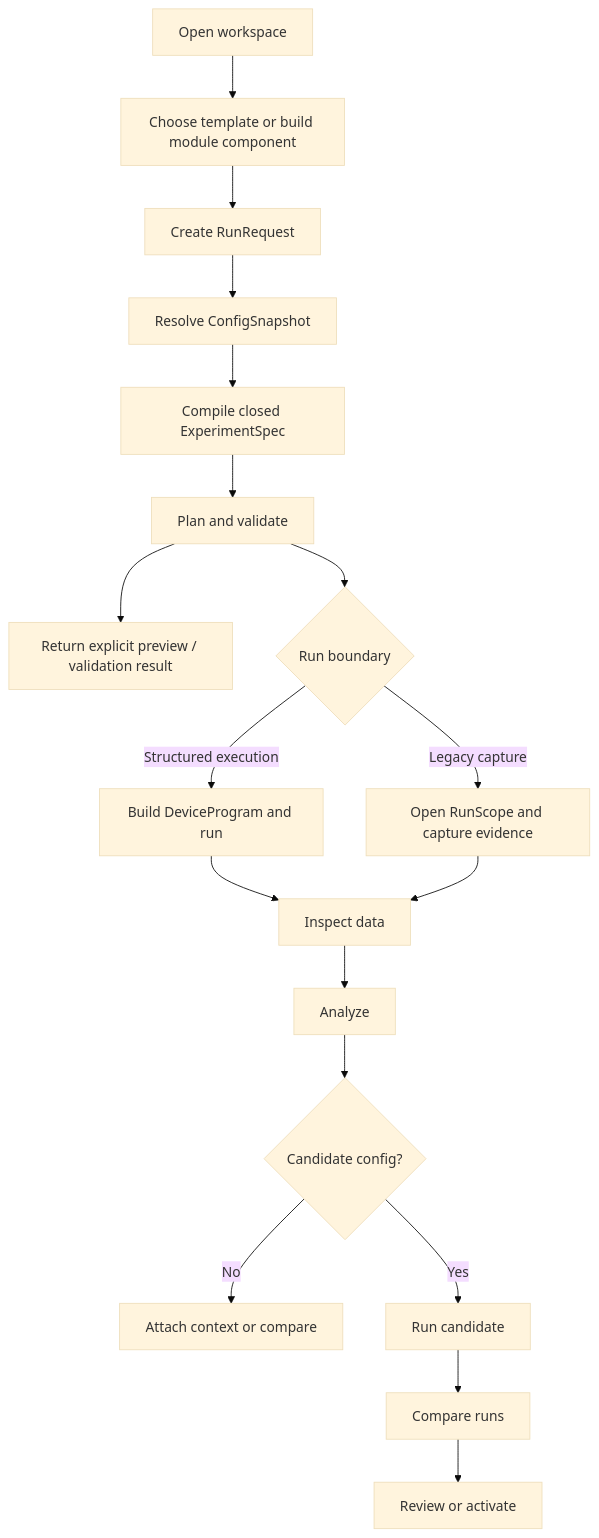
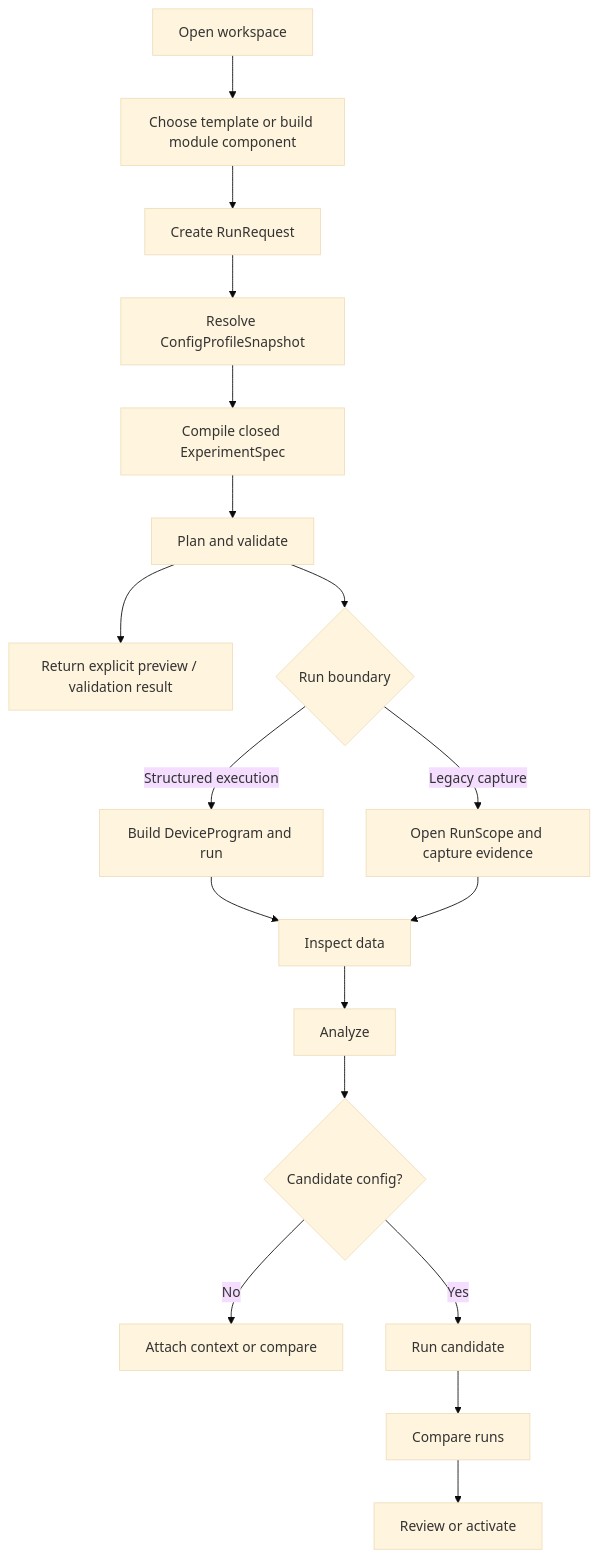
One commit to kahojyun/scopecat changed the diagram in docs/experiment-workflow.md. Above: the diagram before and after it, drawn with Mermaid (base theme). The commit also changed other lines of this file and 116 other files, not shown here.

````diff
--- a/docs/experiment-workflow.md
+++ b/docs/experiment-workflow.md
@@ -35,20 +35,20 @@
 ```mermaid
 flowchart TD
     A["Open workspace"] --> B["Choose template or build module component"]
     B --> C["Create RunRequest"]
-    C --> D["Resolve ConfigSnapshot"]
+    C --> D["Resolve ConfigProfileSnapshot"]
     D --> E["Compile closed ExperimentSpec"]
     E --> F["Plan and validate"]
     F --> H["Return explicit preview / validation result"]
     F --> G{"Run boundary"}
     G -->|Structured execution| I["Build DeviceProgram and run"]
     G -->|Legacy capture| J["Open RunScope and capture evidence"]
     I --> K["Inspect data"]
     J --> K
     K --> L["Analyze"]
     L --> M{"Candidate config?"}
     M -->|No| N["Attach context or compare"]
     M -->|Yes| O["Run candidate"]
     O --> P["Compare runs"]
     P --> Q["Review or activate"]
 ```
````
